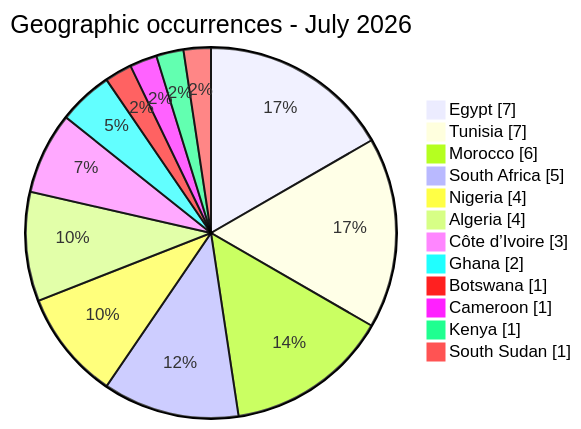
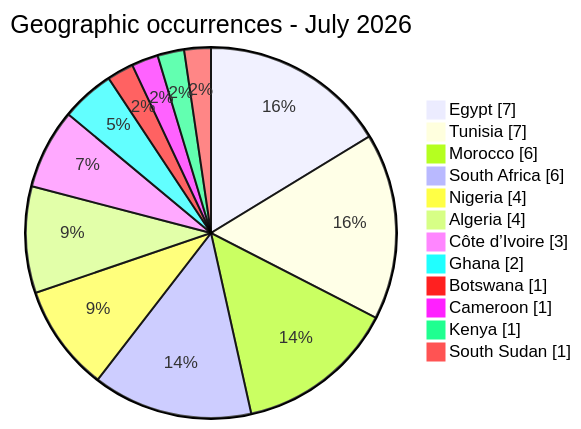
The diagram in CyberAttackAfrica/2026/07-july/README.md (Hatchepsoute/AFRINTEL), drawn with Mermaid before and after one commit. The commit also changed other lines of this file and 4 other files, not shown here.

````diff
--- a/CyberAttackAfrica/2026/07-july/README.md
+++ b/CyberAttackAfrica/2026/07-july/README.md
@@ -45,16 +45,16 @@
 ```mermaid
 pie showData
     title Geographic occurrences - July 2026
     "Egypt" : 7
     "Tunisia" : 7
     "Morocco" : 6
-    "South Africa" : 5
+    "South Africa" : 6
     "Nigeria" : 4
     "Algeria" : 4
     "Côte d’Ivoire" : 3
     "Ghana" : 2
     "Botswana" : 1
     "Cameroon" : 1
     "Kenya" : 1
     "South Sudan" : 1
 ```
````
